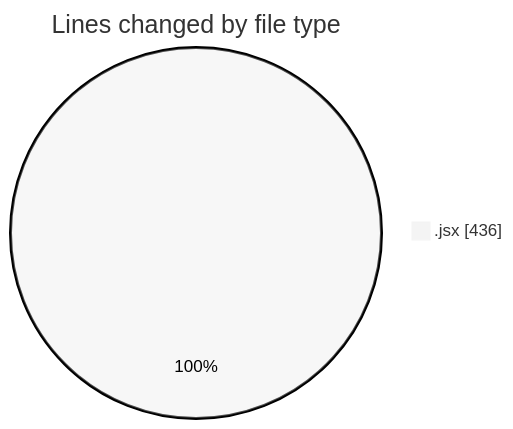
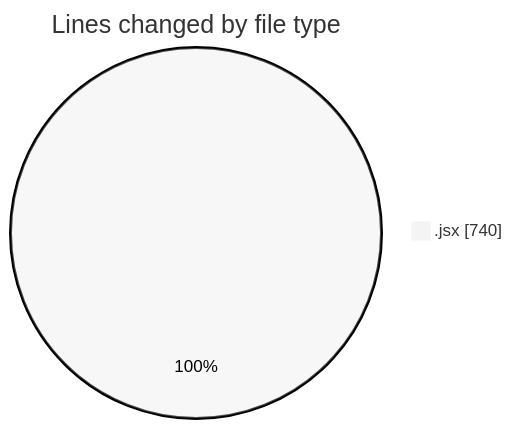
One commit to nxtqubesakshisongat/code-tracking changed the first of 2 diagrams in 2025-07-21/nxtqube_webapp/README.md. Above: the diagram before and after it, drawn with Mermaid (neutral theme). The commit also changed other lines of this file and 1 other file, not shown here.

````diff
--- a/2025-07-21/nxtqube_webapp/README.md
+++ b/2025-07-21/nxtqube_webapp/README.md
@@ -20,5 +21,5 @@
 ```mermaid
 pie showData
 title Lines changed by file type
-".jsx" : 436
+".jsx" : 740
 ```
````
